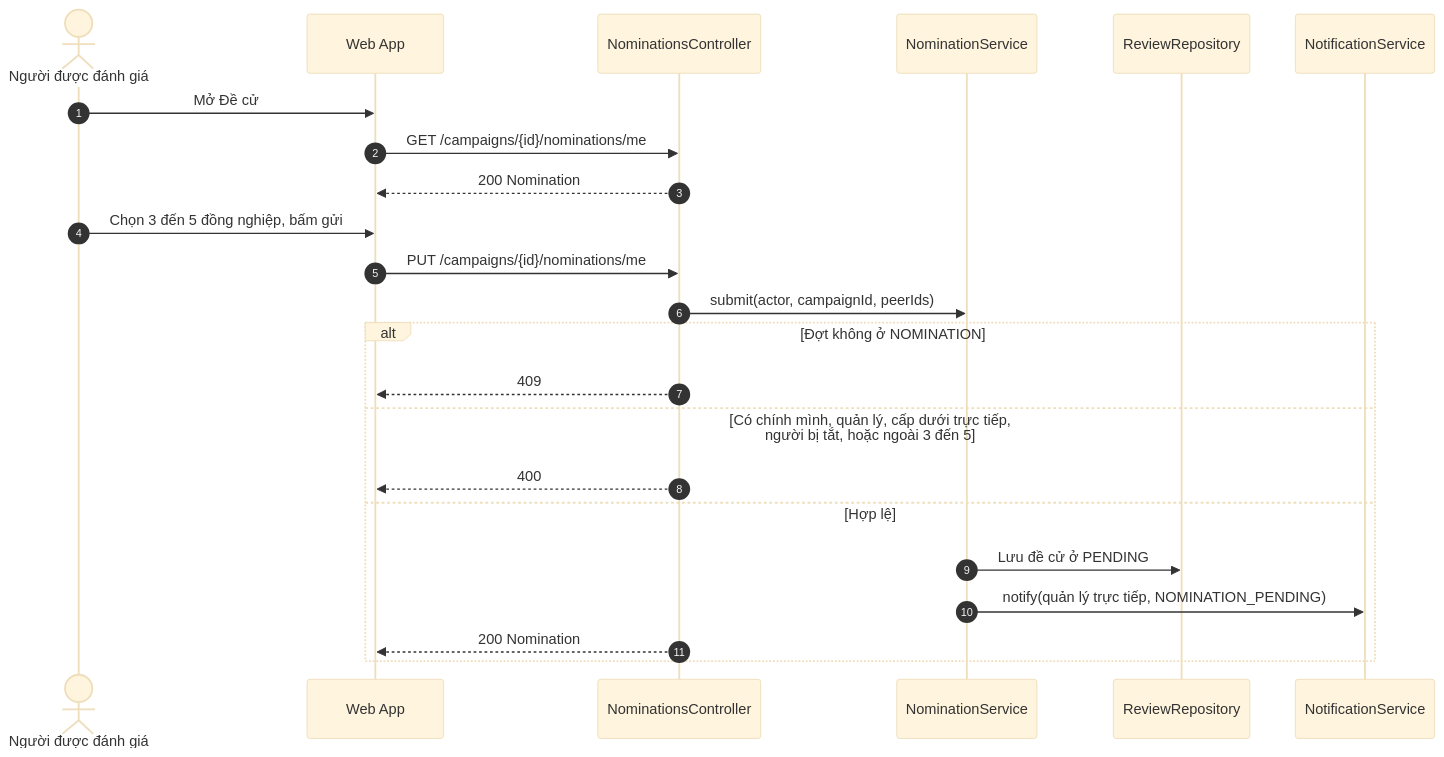
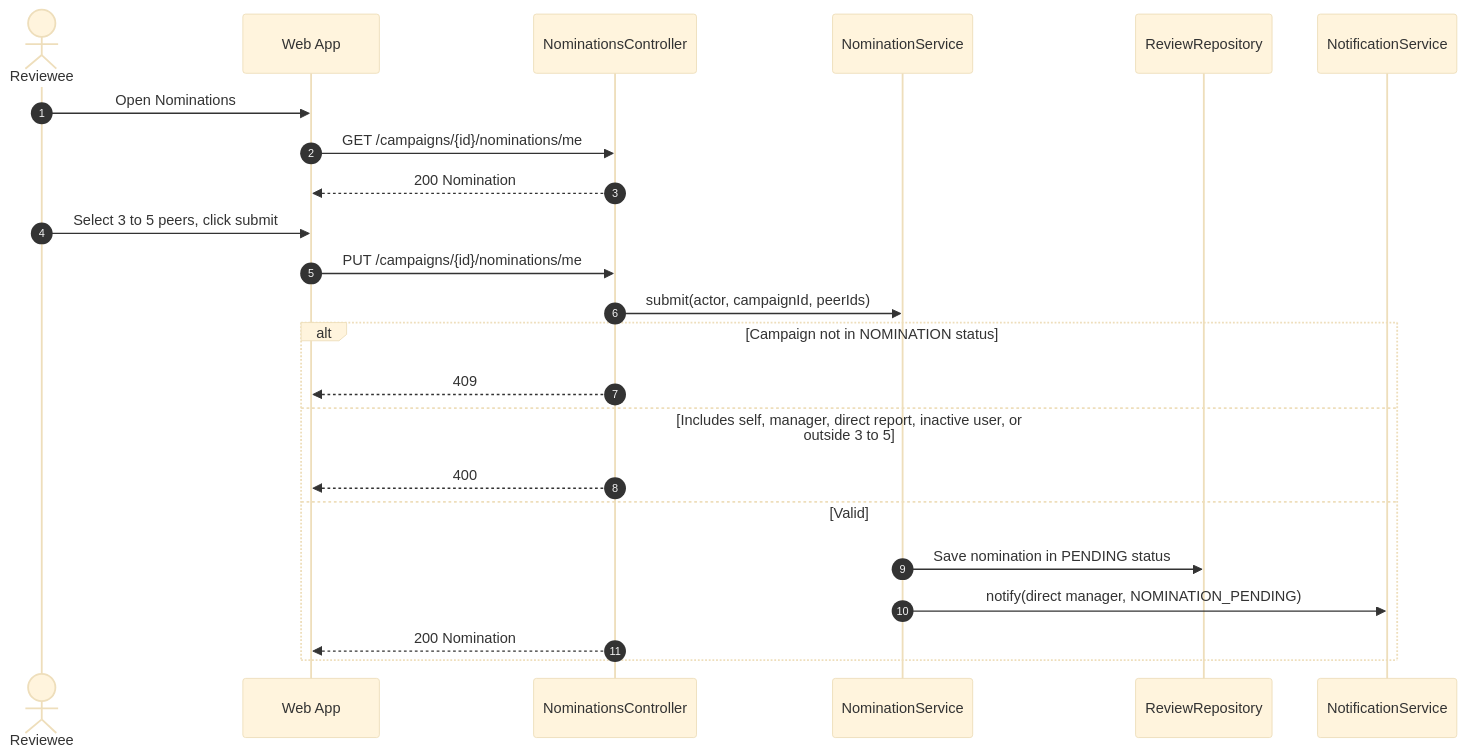
One commit to Akaza-ban/OCK-360 changed diagram 17 of 32 in docs/architecture/sequence-diagrams.md. Above: the diagram before and after it, drawn with Mermaid (base theme). The commit also changed other lines of this file and 24 other files, not shown here.

````diff
--- a/docs/architecture/sequence-diagrams.md
+++ b/docs/architecture/sequence-diagrams.md
@@ -604,26 +604,26 @@
 ```mermaid
 sequenceDiagram
     autonumber
-    actor U as Người được đánh giá
+    actor U as Reviewee
     participant W as Web App
     participant C as NominationsController
     participant S as NominationService
     participant R as ReviewRepository
     participant N as NotificationService
 
-    U->>W: Mở Đề cử
+    U->>W: Open Nominations
     W->>C: GET /campaigns/{id}/nominations/me
     C-->>W: 200 Nomination
-    U->>W: Chọn 3 đến 5 đồng nghiệp, bấm gửi
+    U->>W: Select 3 to 5 peers, click submit
     W->>C: PUT /campaigns/{id}/nominations/me
     C->>S: submit(actor, campaignId, peerIds)
-    alt Đợt không ở NOMINATION
+    alt Campaign not in NOMINATION status
         C-->>W: 409
-    else Có chính mình, quản lý, cấp dưới trực tiếp, người bị tắt, hoặc ngoài 3 đến 5
+    else Includes self, manager, direct report, inactive user, or outside 3 to 5
         C-->>W: 400
-    else Hợp lệ
-        S->>R: Lưu đề cử ở PENDING
-        S->>N: notify(quản lý trực tiếp, NOMINATION_PENDING)
+    else Valid
+        S->>R: Save nomination in PENDING status
+        S->>N: notify(direct manager, NOMINATION_PENDING)
         C-->>W: 200 Nomination
     end
 ```
````
